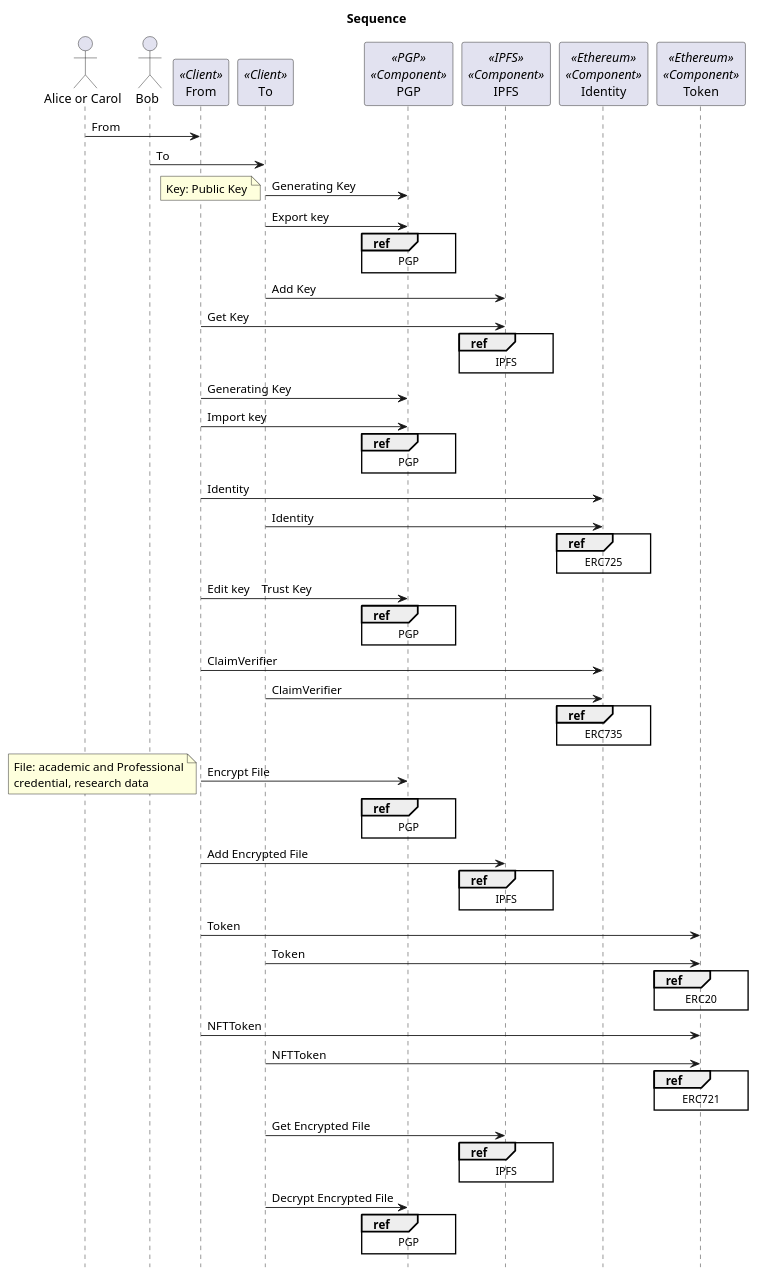
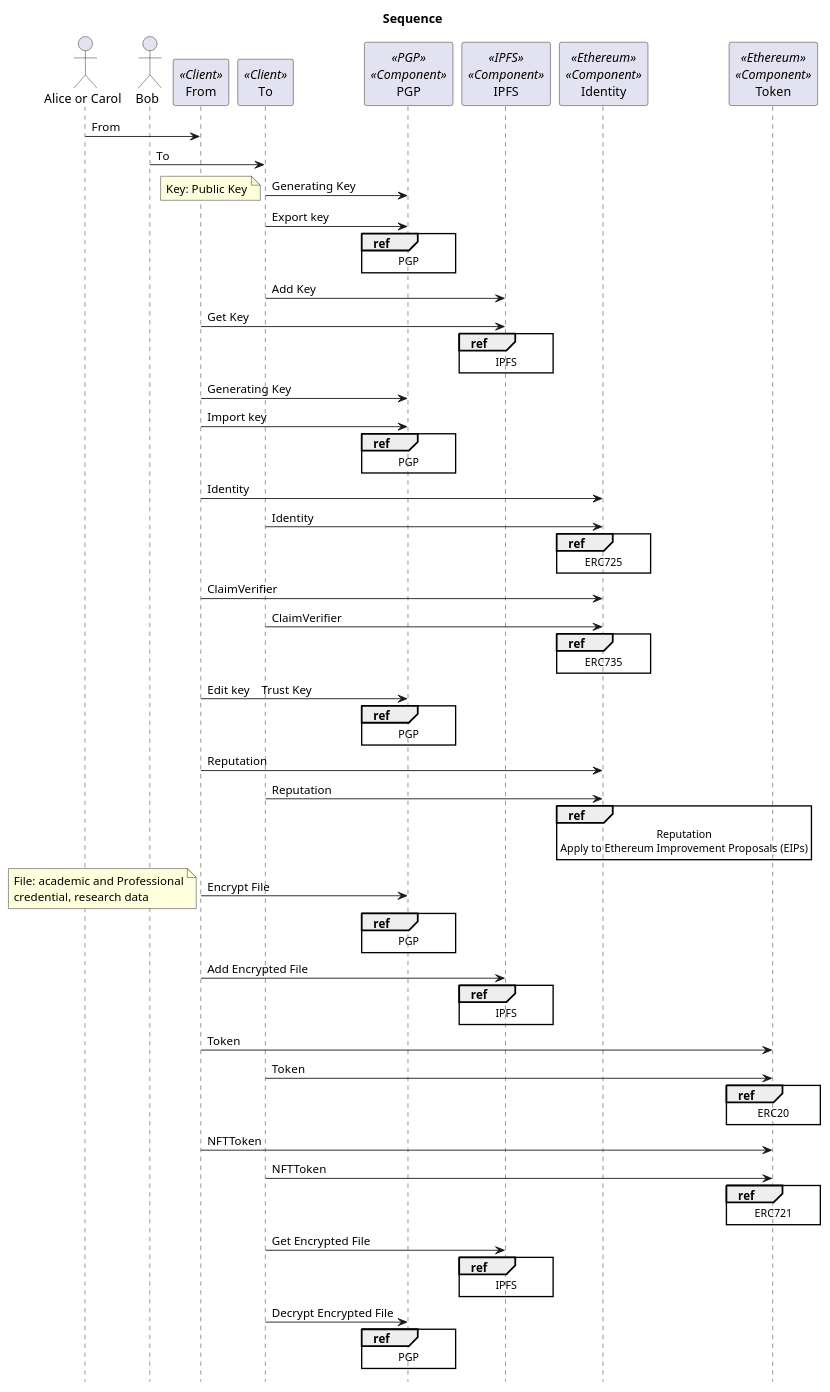
Before and after one commit to 0xywzx/truffle_tutorial: the diagram in docs/sequence.puml, drawn with PlantUML. The commit also changed 1 other file, not shown here.

```diff
--- a/docs/sequence.puml
+++ b/docs/sequence.puml
@@ -2,58 +2,61 @@
 @startuml{sequence.png}
 title Sequence
 hide footbox
 
 actor  "Alice or Carol" as Alice
 actor  "Bob" as Bob
 participant  "From" as From <<Client>>
 participant  "To" as To<<Client>>
 participant "PGP" as PGP <<PGP>> <<Component>>
 participant "IPFS" as IPFS <<IPFS>><<Component>>
 participant "Identity" as Identity <<Ethereum>><<Component>>
 participant "Token" as Token <<Ethereum>><<Component>>
 
 Alice -> From : From
 Bob -> To : To
 To  -> PGP : Generating Key
 note left
 Key: Public Key
 end note
 To  -> PGP : Export key
 ref over PGP : PGP
 To -> IPFS : Add Key
 From -> IPFS : Get Key
 ref over IPFS : IPFS
 From -> PGP : Generating Key
 From -> PGP : Import key
 ref over PGP : PGP
 
 
 From -> Identity : Identity
 To -> Identity : Identity
 ref over Identity : ERC725
+From -> Identity : ClaimVerifier
+To -> Identity : ClaimVerifier
+ref over Identity : ERC735
 
 From -> PGP : Edit key　Trust Key
 ref over PGP : PGP
-From -> Identity : ClaimVerifier
-To -> Identity : ClaimVerifier
-ref over Identity : ERC735
+From -> Identity : Reputation
+To -> Identity : Reputation
+ref over Identity : Reputation\nApply to Ethereum Improvement Proposals (EIPs)
 
 From -> PGP : Encrypt File
 note left
 File: academic and Professional
 credential, research data
 end note
 ref over PGP : PGP
 From -> IPFS : Add Encrypted File
 ref over IPFS : IPFS
 From -> Token : Token
 To -> Token : Token
 ref over Token : ERC20
 From -> Token : NFTToken
 To -> Token : NFTToken
 ref over Token : ERC721
 To -> IPFS : Get Encrypted File
 ref over IPFS : IPFS
 To -> PGP : Decrypt Encrypted File
 ref over PGP : PGP
 @enduml
```
